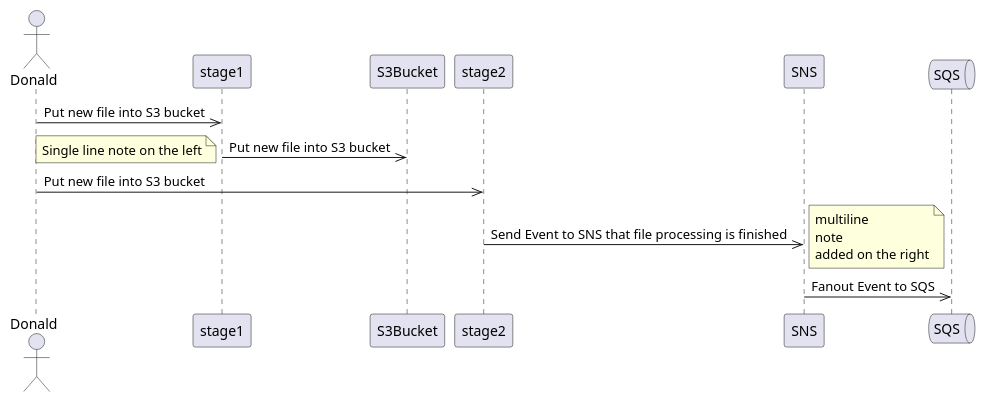
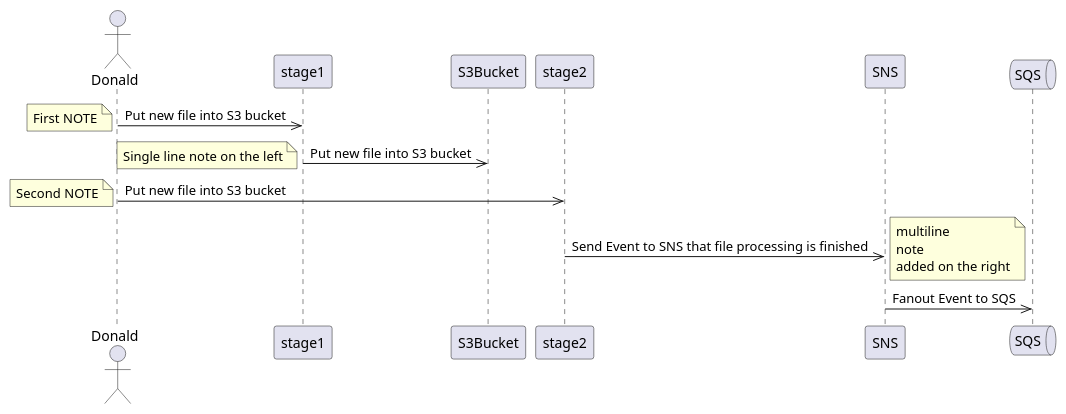
The diagram in samples/samples/same_entity_diff_elements.plantuml (tsypuk/multicloud-diagrams), drawn with PlantUML before and after one commit. The commit also changed 2 other files, not shown here.

```diff
--- a/samples/samples/same_entity_diff_elements.plantuml
+++ b/samples/samples/same_entity_diff_elements.plantuml
@@ -1,20 +1,22 @@
 @startuml
 actor Donald
     participant stage1
     participant S3Bucket
     participant stage2
     participant SNS
     queue SQS
 
     Donald->>stage1: Put new file into S3 bucket
+    note left: First NOTE
     stage1->>S3Bucket: Put new file into S3 bucket
     note left: Single line note on the left
     Donald->>stage2: Put new file into S3 bucket
+    note left: Second NOTE
     stage2->>SNS: Send Event to SNS that file processing is finished
     note right
     multiline
     note
     added on the right
     end note
     SNS->>SQS: Fanout Event to SQS
 @enduml
```
